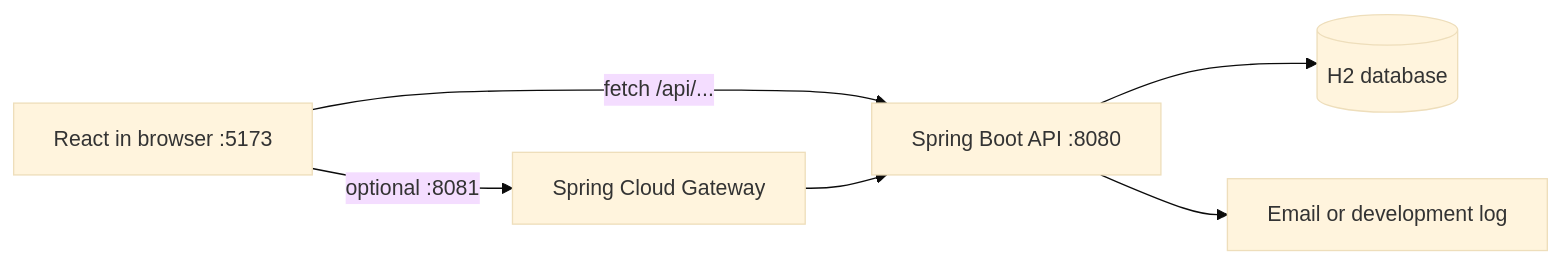
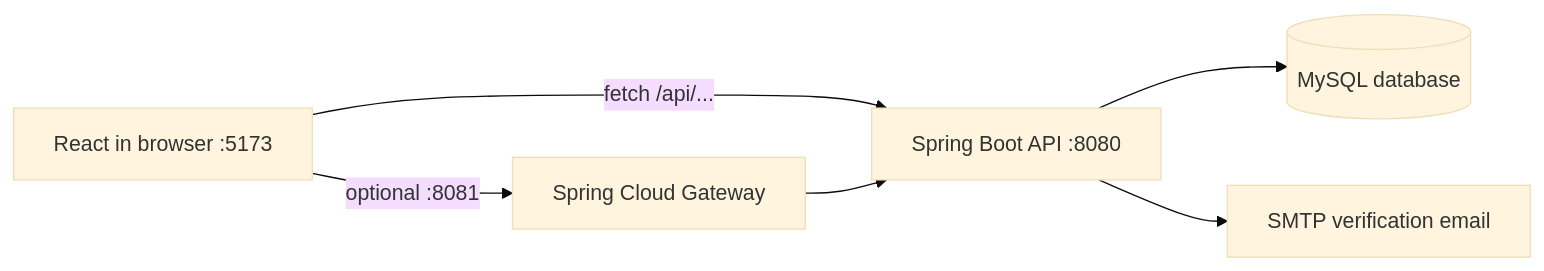
Before and after one commit to Mihir-Lakhani/Bridgelabz-Fundoo-Notes-Frontend: the first of 2 diagrams in README.md, drawn with Mermaid (base theme). The commit also changed other lines of this file, not shown here.

Commit message:
[Mihir Lakhani] : Update email verification setup guide

````diff
--- a/README.md
+++ b/README.md
@@ -39,8 +39,8 @@
 ```mermaid
 flowchart LR
     Browser["React in browser :5173"] -->|"fetch /api/..."| Backend["Spring Boot API :8080"]
-    Backend --> Database[(H2 database)]
-    Backend --> Mail["Email or development log"]
+    Backend --> Database[(MySQL database)]
+    Backend --> Mail["SMTP verification email"]
     Browser -->|"optional :8081"| Gateway["Spring Cloud Gateway"]
     Gateway --> Backend
 ```
````
